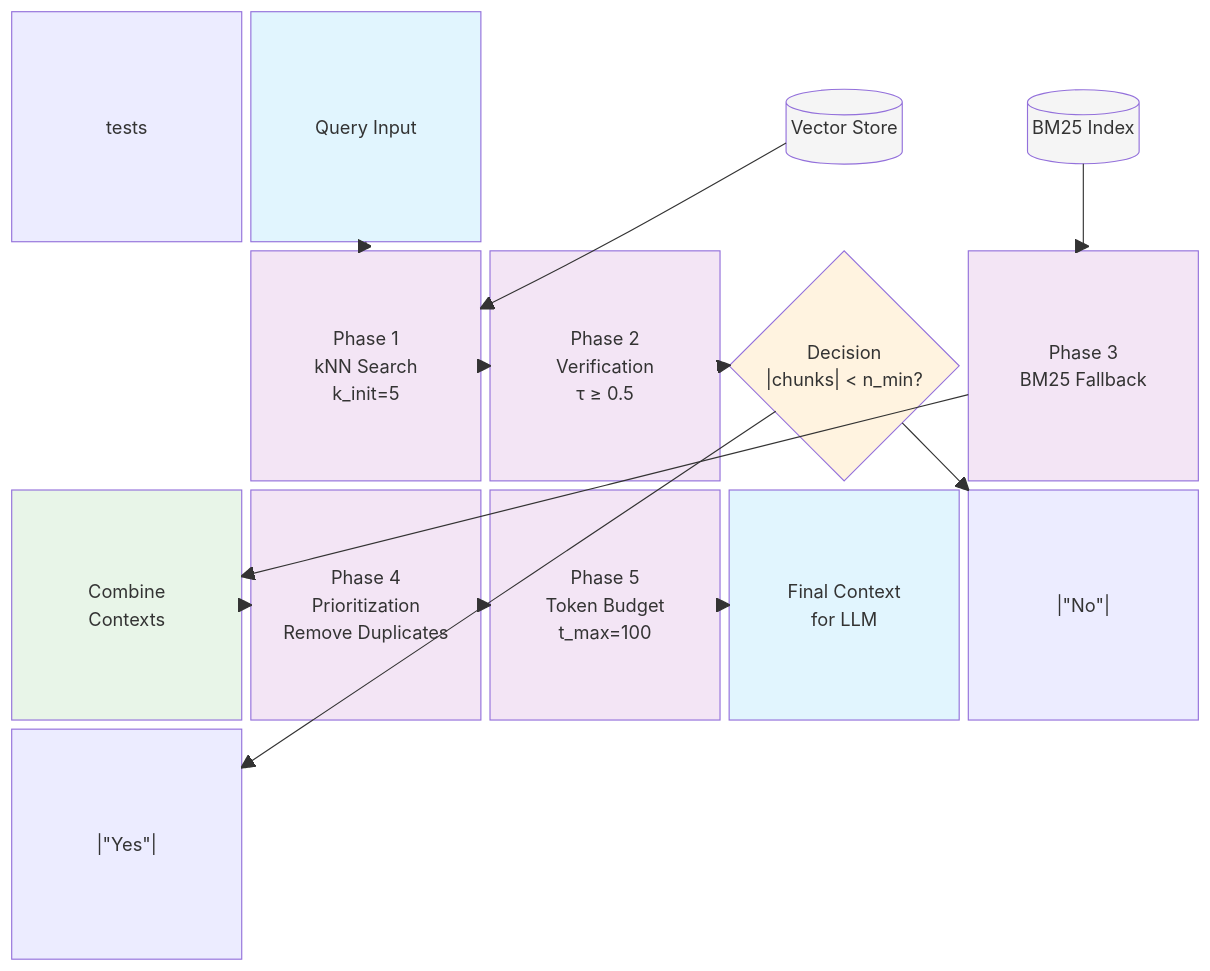
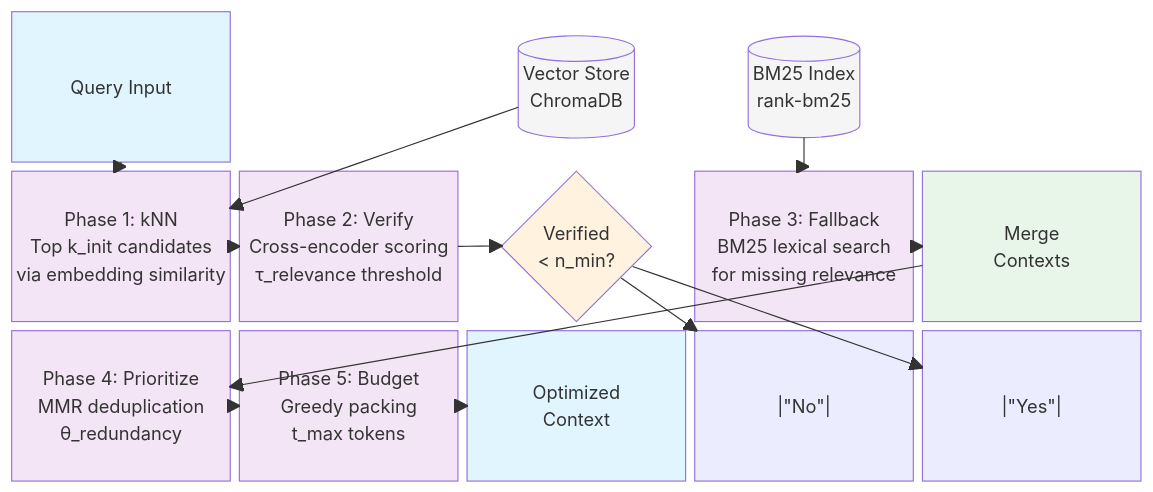
One commit to nakulbh/Meve-framework changed the diagram in README.md. Above: the diagram before and after it, drawn with Mermaid. The commit also changed other lines of this file, not shown here.

````diff
--- a/README.md
+++ b/README.md
@@ -13,45 +101,45 @@
 ```mermaid
 block-beta
-    columns 5tests
+    columns 5
     
     Query["Query Input"]
     
     space
-    VectorDB[("Vector Store")]
-    BM25DB[("BM25 Index")]
+    VectorDB[("Vector Store<br/>ChromaDB")]
+    BM25DB[("BM25 Index<br/>rank-bm25")]
     space
     
-    Phase1["Phase 1<br/>kNN Search<br/>k_init=5"]
-    Phase2["Phase 2<br/>Verification<br/>τ ≥ 0.5"]
-    Decision{"Decision<br/>|chunks| < n_min?"}
-    Phase3["Phase 3<br/>BM25 Fallback"]
-    Combine["Combine<br/>Contexts"]
+    Phase1["Phase 1: kNN<br/>Top k_init candidates<br/>via embedding similarity"]
+    Phase2["Phase 2: Verify<br/>Cross-encoder scoring<br/>τ_relevance threshold"]
+    Decision{"Verified<br/>< n_min?"}
+    Phase3["Phase 3: Fallback<br/>BM25 lexical search<br/>for missing relevance"]
+    Combine["Merge<br/>Contexts"]
     
-    Phase4["Phase 4<br/>Prioritization<br/>Remove Duplicates"]
-    Phase5["Phase 5<br/>Token Budget<br/>t_max=100"]
-    Output["Final Context<br/>for LLM"]
+    Phase4["Phase 4: Prioritize<br/>MMR deduplication<br/>θ_redundancy"]
+    Phase5["Phase 5: Budget<br/>Greedy packing<br/>t_max tokens"]
+    Output["Optimized<br/>Context"]
     
     Query --> Phase1
     VectorDB --> Phase1
     Phase1 --> Phase2
     Phase2 --> Decision
     Decision -->|"No"| Combine
     Decision -->|"Yes"| Phase3
     BM25DB --> Phase3
     Phase3 --> Combine
     Combine --> Phase4
     Phase4 --> Phase5
     Phase5 --> Output
     
     style Query fill:#e1f5fe
     style Phase1 fill:#f3e5f5
     style Phase2 fill:#f3e5f5
     style Decision fill:#fff3e0
     style Phase3 fill:#f3e5f5
-    style Combine fill:#e8f5e8
+    style Combine fill:#e8f5e9
     style Phase4 fill:#f3e5f5
     style Phase5 fill:#f3e5f5
     style Output fill:#e1f5fe
     style VectorDB fill:#f5f5f5
     style BM25DB fill:#f5f5f5
 ```
````
